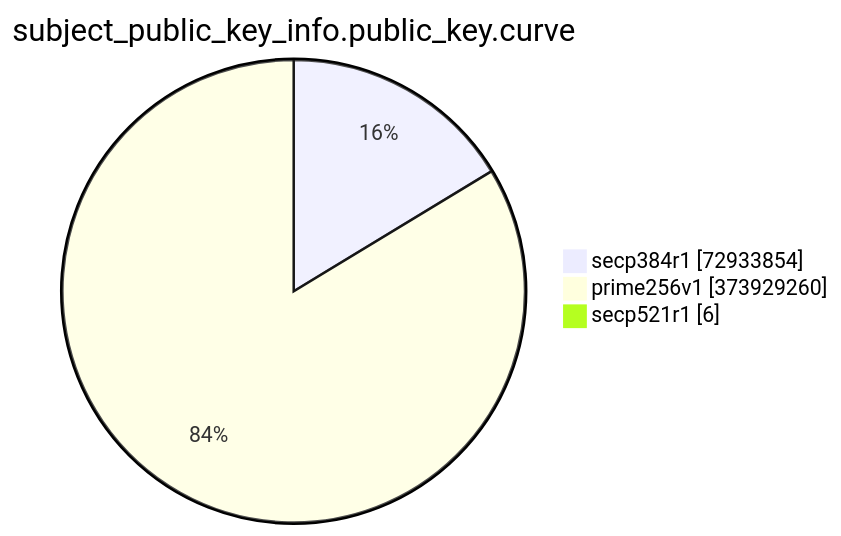
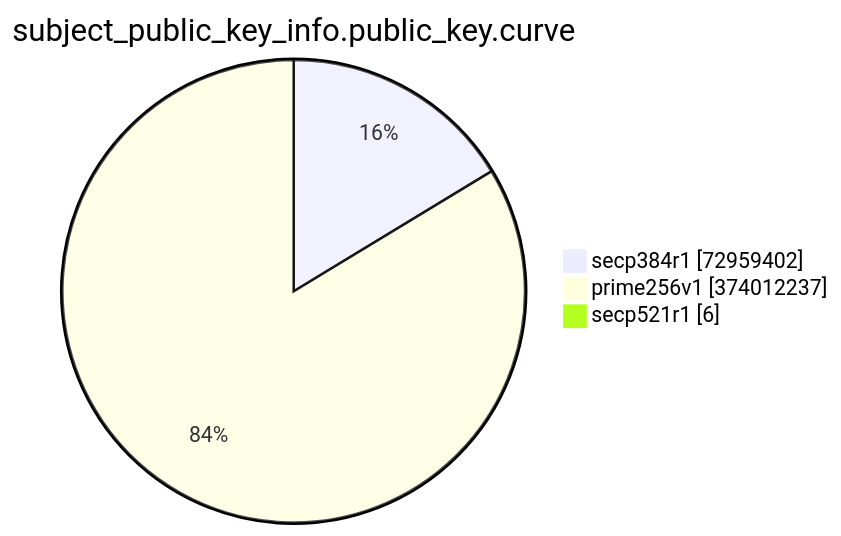
The eighth of 15 diagrams in TOTAL/README.md (christiankrug/ctmonitor_visualization), drawn with Mermaid before and after one commit. The commit also changed other lines of this file, not shown here.

````diff
--- a/TOTAL/README.md
+++ b/TOTAL/README.md
@@ -3092,7 +3092,7 @@
 ```mermaid
 pie showData
 title subject_public_key_info.public_key.curve
-"secp384r1" :72933854
-"prime256v1" :373929260
+"secp384r1" :72959402
+"prime256v1" :374012237
 "secp521r1" :6
 ```
````
